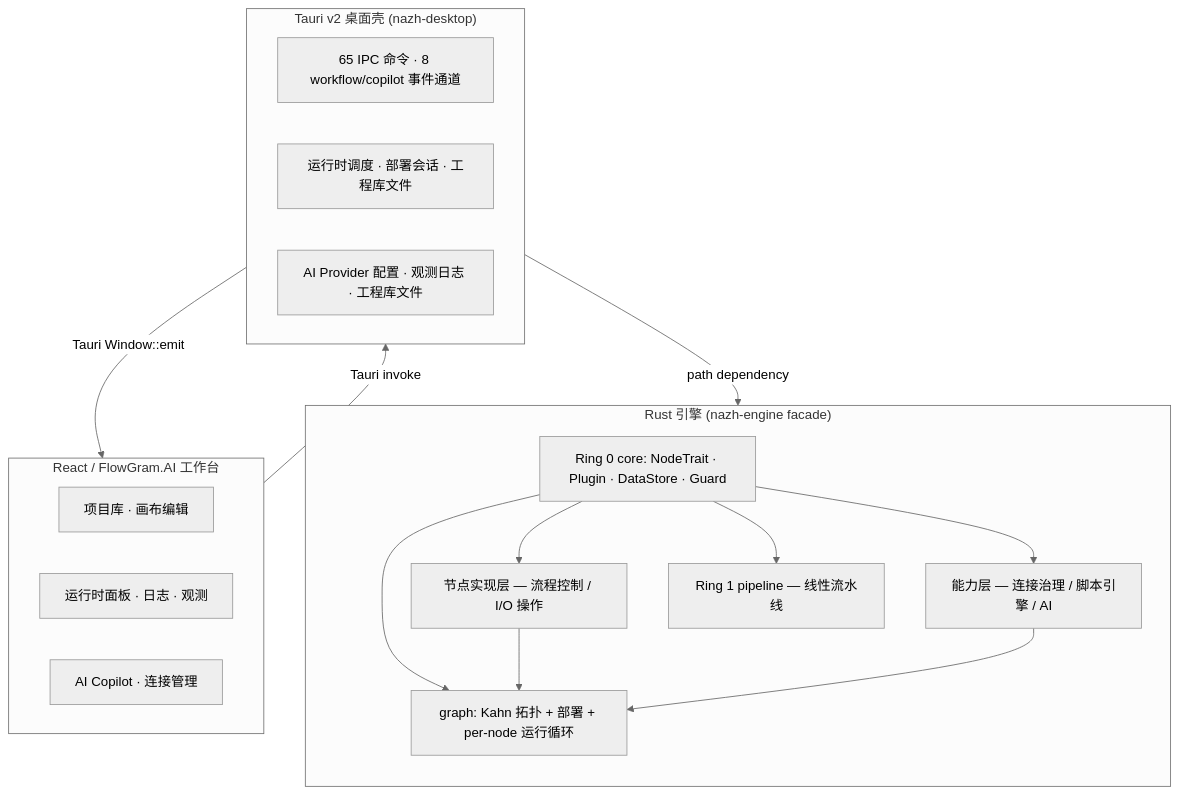
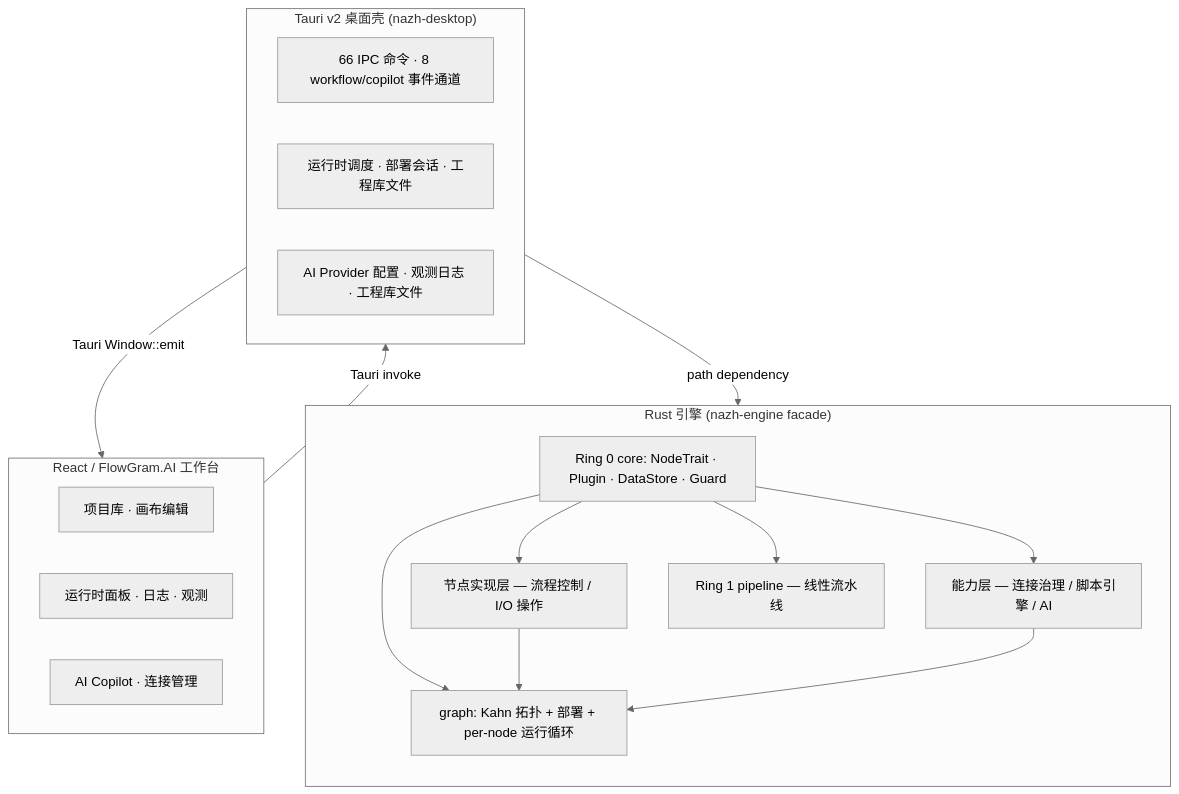
The diagram in README.md (ssXue/Nazh), drawn with Mermaid (neutral theme) before and after one commit. The commit also changed other lines of this file and 38 other files, not shown here.

````diff
--- a/README.md
+++ b/README.md
@@ -47,33 +47,33 @@
 ```mermaid
 flowchart TB
     subgraph Frontend["React / FlowGram.AI 工作台"]
         F1["项目库 · 画布编辑"]
         F2["运行时面板 · 日志 · 观测"]
         F3["AI Copilot · 连接管理"]
     end
 
     subgraph Shell["Tauri v2 桌面壳 (nazh-desktop)"]
-        S1["65 IPC 命令 · 8 workflow/copilot 事件通道"]
+        S1["66 IPC 命令 · 8 workflow/copilot 事件通道"]
         S2["运行时调度 · 部署会话 · 工程库文件"]
         S3["AI Provider 配置 · 观测日志 · 工程库文件"]
     end
 
     subgraph Engine["Rust 引擎 (nazh-engine facade)"]
         direction TB
         C0["Ring 0 core: NodeTrait · Plugin · DataStore · Guard"]
         C1a["节点实现层 — 流程控制 / I/O 操作"]
         C1b["能力层 — 连接治理 / 脚本引擎 / AI"]
         C1c["Ring 1 pipeline — 线性流水线"]
         G["graph: Kahn 拓扑 + 部署 + per-node 运行循环"]
         C0 --> C1a
         C0 --> C1b
         C0 --> C1c
         C0 --> G
         C1a --> G
         C1b --> G
     end
 
     Frontend -- "Tauri invoke" --> Shell
     Shell -- "Tauri Window::emit" --> Frontend
     Shell -- "path dependency" --> Engine
 ```
````
